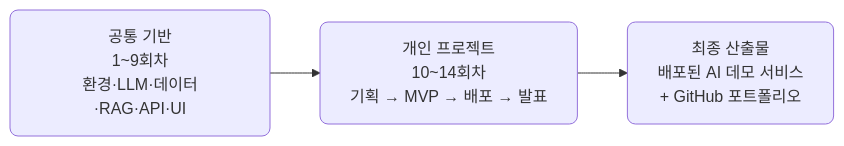
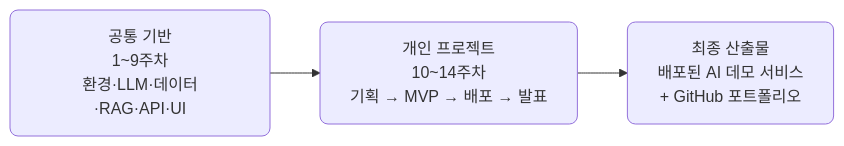
One commit to 2026-ai-service-engineering-a/ai_service_engineering-track_a changed the diagram in site/src/content/pages/ko/about.mdx. Above: the diagram before and after it, drawn with Mermaid. The commit also changed other lines of this file and 8 other files, not shown here.

````diff
--- a/site/src/content/pages/ko/about.mdx
+++ b/site/src/content/pages/ko/about.mdx
@@ -22,6 +22,6 @@
 ```mermaid
 flowchart LR
-  A["공통 기반<br/>1~9회차<br/>환경·LLM·데이터·RAG·API·UI"] --> B["개인 프로젝트<br/>10~14회차<br/>기획 → MVP → 배포 → 발표"]
+  A["공통 기반<br/>1~9주차<br/>환경·LLM·데이터·RAG·API·UI"] --> B["개인 프로젝트<br/>10~14주차<br/>기획 → MVP → 배포 → 발표"]
   B --> C["최종 산출물<br/>배포된 AI 데모 서비스<br/>+ GitHub 포트폴리오"]
   classDef default rx:8,ry:8;
 ```
````
